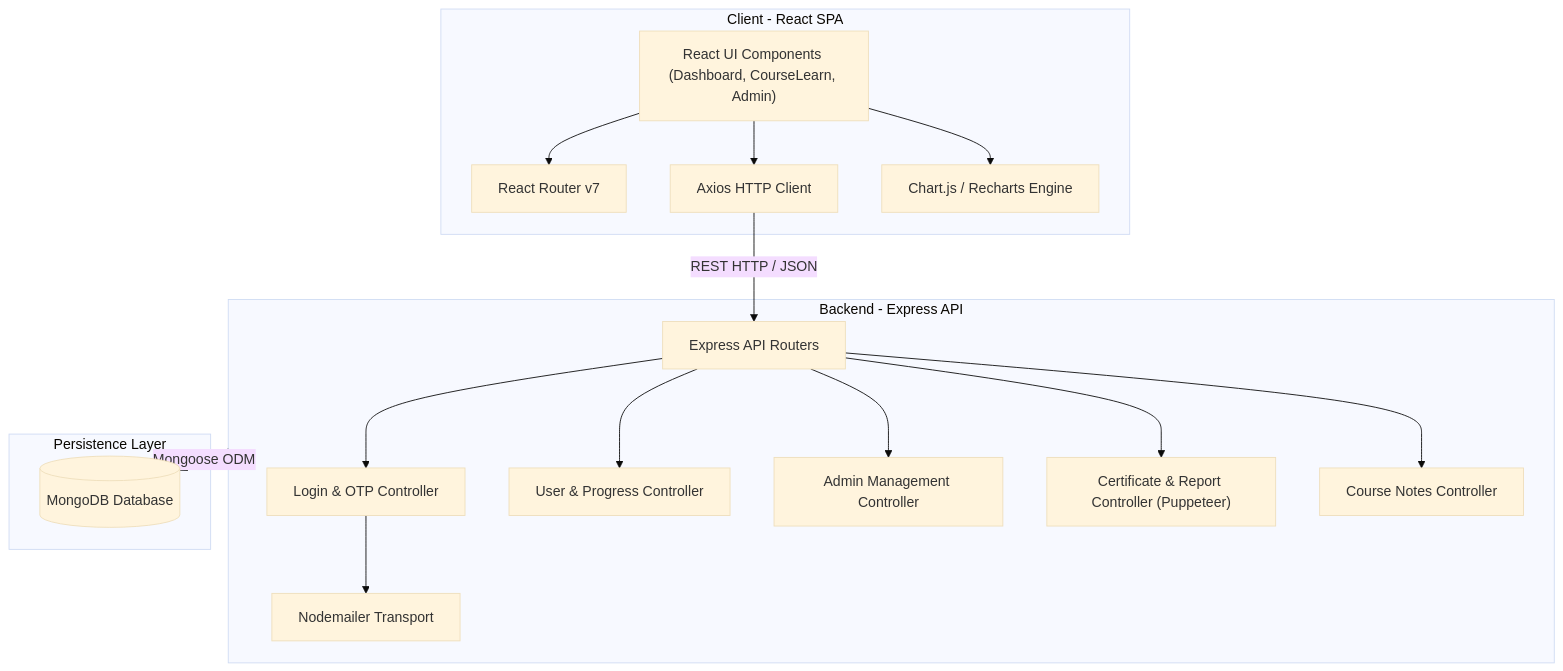
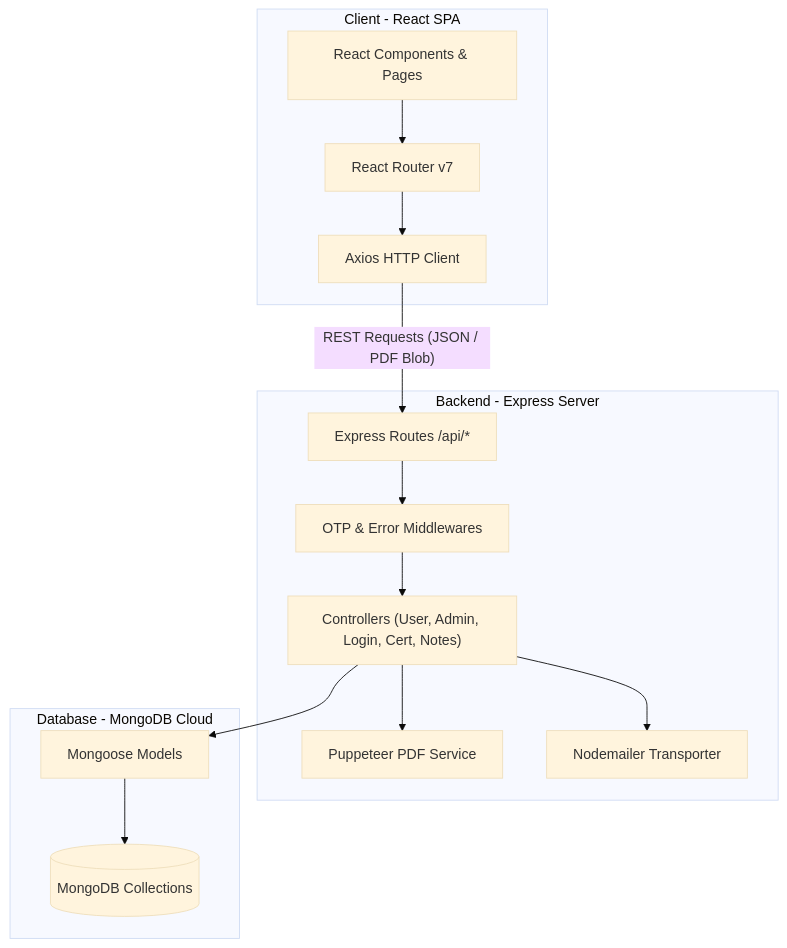
Before and after one commit to abdul8704/EduTrack: the first of 4 diagrams in architecture.md, drawn with Mermaid (base theme). The commit also changed other lines of this file, not shown here.

Commit message:
docs: add system architecture, ERD, data flow diagrams, and API docs

````diff
--- a/architecture.md
+++ b/architecture.md
@@ -46,36 +51,31 @@
 ```mermaid
 flowchart TD
     subgraph Client [Client - React SPA]
-        UI["React UI Components (Dashboard, CourseLearn, Admin)"]
+        UI["React Components & Pages"]
         Router["React Router v7"]
-        Axios["Axios HTTP Client"]
-        Charts["Chart.js / Recharts Engine"]
-        UI --> Router
-        UI --> Charts
-        UI --> Axios
+        AxiosClient["Axios HTTP Client"]
     end
 
-    subgraph Server [Backend - Express API]
-        APIRouter["Express API Routers"]
-        LoginCtrl["Login & OTP Controller"]
-        UserCtrl["User & Progress Controller"]
-        AdminCtrl["Admin Management Controller"]
-        CertCtrl["Certificate & Report Controller (Puppeteer)"]
-        NotesCtrl["Course Notes Controller"]
-        Mailer["Nodemailer Transport"]
-
-        APIRouter --> LoginCtrl
-        APIRouter --> UserCtrl
-        APIRouter --> AdminCtrl
-        APIRouter --> CertCtrl
-        APIRouter --> NotesCtrl
-        LoginCtrl --> Mailer
+    subgraph Server [Backend - Express Server]
+        RouterAPI["Express Routes /api/*"]
+        AuthMW["OTP & Error Middlewares"]
+        Controllers["Controllers (User, Admin, Login, Cert, Notes)"]
+        PuppeteerSvc["Puppeteer PDF Service"]
+        MailerSvc["Nodemailer Transporter"]
     end
 
-    subgraph Database [Persistence Layer]
-        MongoDB[("MongoDB Database")]
+    subgraph Storage [Database - MongoDB Cloud]
+        MongooseODM["Mongoose Models"]
+        MongoAtlas[("MongoDB Collections")]
     end
 
-    Axios -->|"REST HTTP / JSON"| APIRouter
-    Server -->|"Mongoose ODM"| MongoDB
+    UI --> Router
+    Router --> AxiosClient
+    AxiosClient -->|"REST Requests (JSON / PDF Blob)"| RouterAPI
+    RouterAPI --> AuthMW
+    AuthMW --> Controllers
+    Controllers --> MongooseODM
+    Controllers --> MailerSvc
+    Controllers --> PuppeteerSvc
+    MongooseODM --> MongoAtlas
 ```
````
